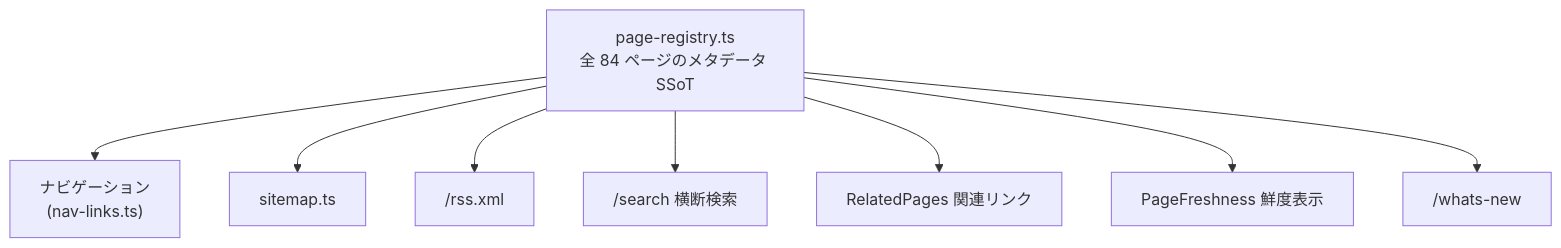
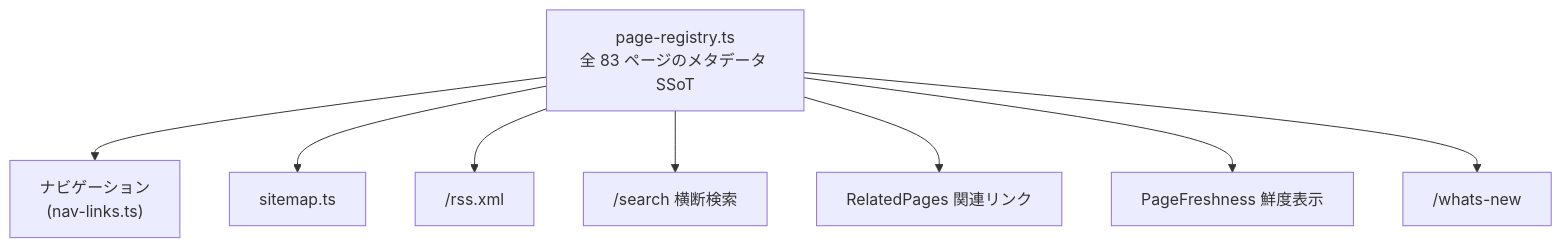
One commit to myoshi2891/Comparison-of-LLMs changed the third of 3 diagrams in docs/PROJECT_DETAILS.md. Above: the diagram before and after it, drawn with Mermaid. The commit also changed other lines of this file and 1 other file, not shown here.

````diff
--- a/docs/PROJECT_DETAILS.md
+++ b/docs/PROJECT_DETAILS.md
@@ -96,10 +96,10 @@
 ```mermaid
 flowchart TD
-    PR["page-registry.ts<br/>全 84 ページのメタデータ SSoT"] --> NAV["ナビゲーション<br/>(nav-links.ts)"]
+    PR["page-registry.ts<br/>全 83 ページのメタデータ SSoT"] --> NAV["ナビゲーション<br/>(nav-links.ts)"]
     PR --> SITEMAP["sitemap.ts"]
     PR --> RSS["/rss.xml"]
     PR --> SEARCH["/search 横断検索"]
     PR --> RELATED["RelatedPages 関連リンク"]
     PR --> FRESH["PageFreshness 鮮度表示"]
     PR --> WHATSNEW["/whats-new"]
 ```
````
